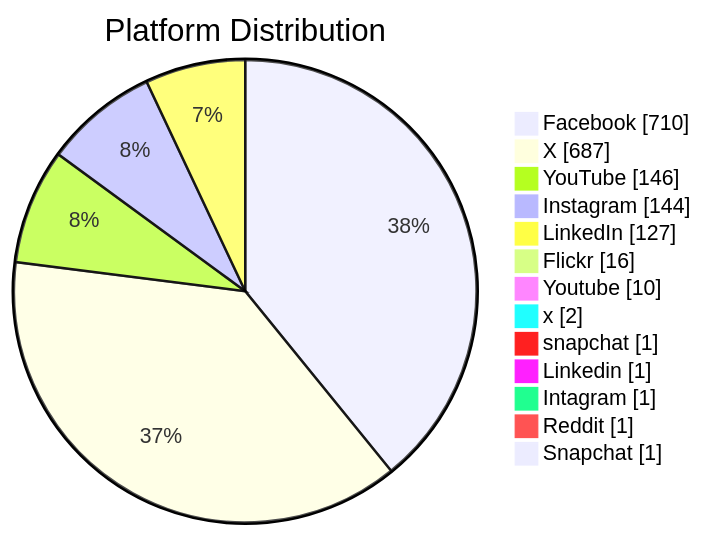
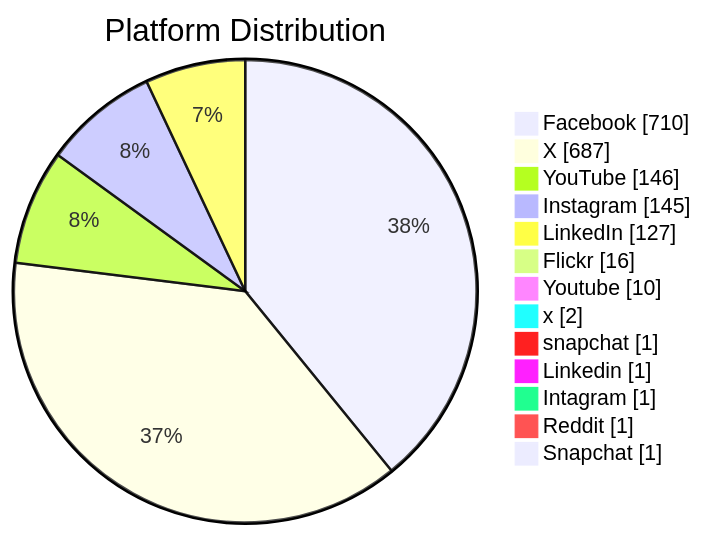
The second of 6 diagrams in README.md (PatLittle/GC-Socials), drawn with Mermaid before and after one commit. The commit also changed other lines of this file, not shown here.

Commit message:
Update README with Platform Distribution pie chart

````diff
--- a/README.md
+++ b/README.md
@@ -47,16 +47,16 @@
 ```mermaid
 pie showData title Platform Distribution
     "Facebook": 710
     "X": 687
     "YouTube": 146
-    "Instagram": 144
+    "Instagram": 145
     "LinkedIn": 127
     "Flickr": 16
     "Youtube": 10
     "x": 2
     "snapchat": 1
     "Linkedin": 1
     "Intagram": 1
     "Reddit": 1
     "Snapchat": 1
 ```
````
